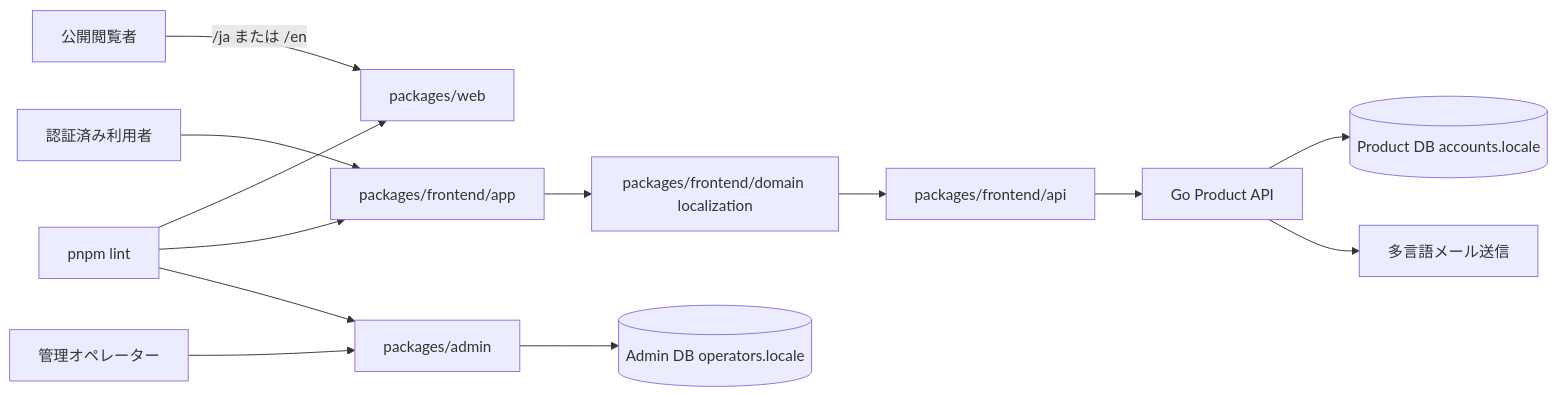
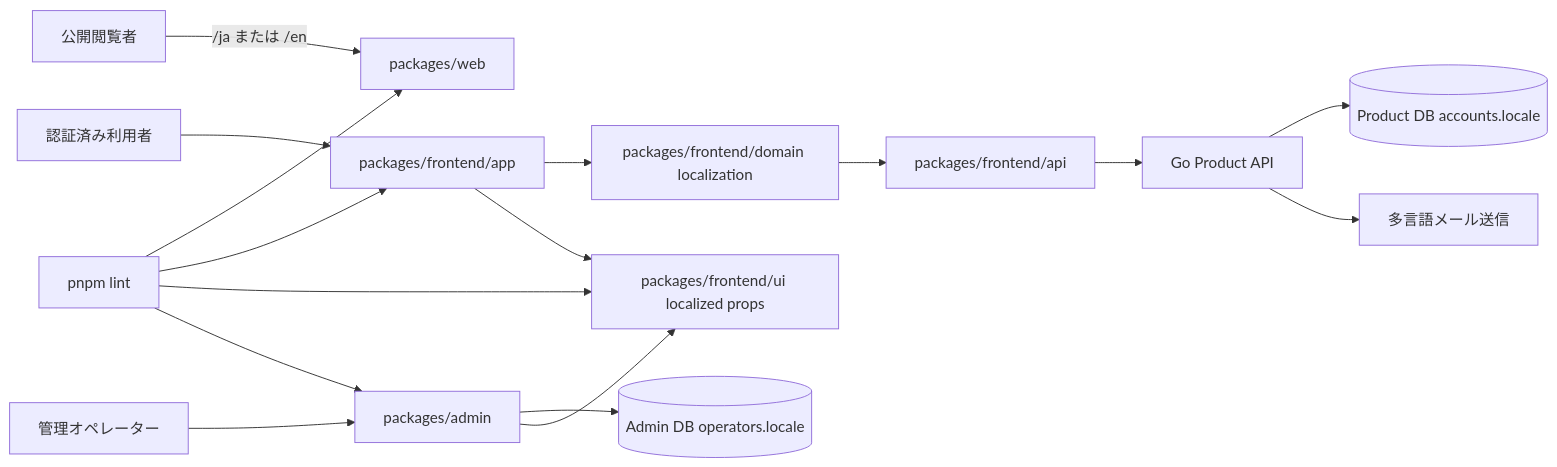
The first of 6 diagrams in openspec/changes/add-default-i18n/design.md (witwire-net/www-template), drawn with Mermaid before and after one commit. The commit also changed other lines of this file and 9 other files, not shown here.

````diff
--- a/openspec/changes/add-default-i18n/design.md
+++ b/openspec/changes/add-default-i18n/design.md
@@ -217,15 +252,18 @@
 ```mermaid
 flowchart LR
   Visitor[公開閲覧者] -->|/ja または /en| Web[packages/web]
   User[認証済み利用者] --> App[packages/frontend/app]
   App --> Domain[packages/frontend/domain localization]
   Domain --> ApiClient[packages/frontend/api]
   ApiClient --> ProductAPI[Go Product API]
   ProductAPI --> ProductDB[(Product DB accounts.locale)]
   ProductAPI --> Mailer[多言語メール送信]
+  App --> UI[packages/frontend/ui localized props]
   Operator[管理オペレーター] --> Admin[packages/admin]
   Admin --> AdminDB[(Admin DB operators.locale)]
+  Admin --> UI
   Lint[pnpm lint] --> Web
   Lint --> App
+  Lint --> UI
   Lint --> Admin
 ```
````
